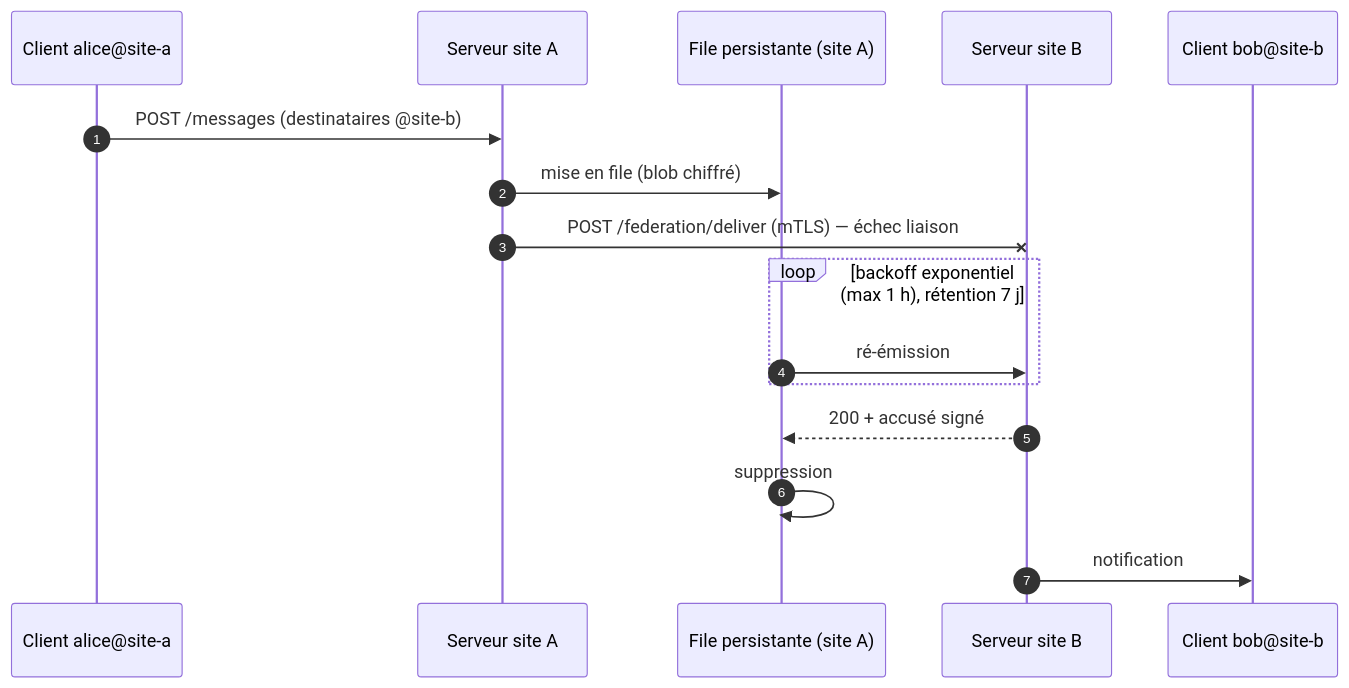
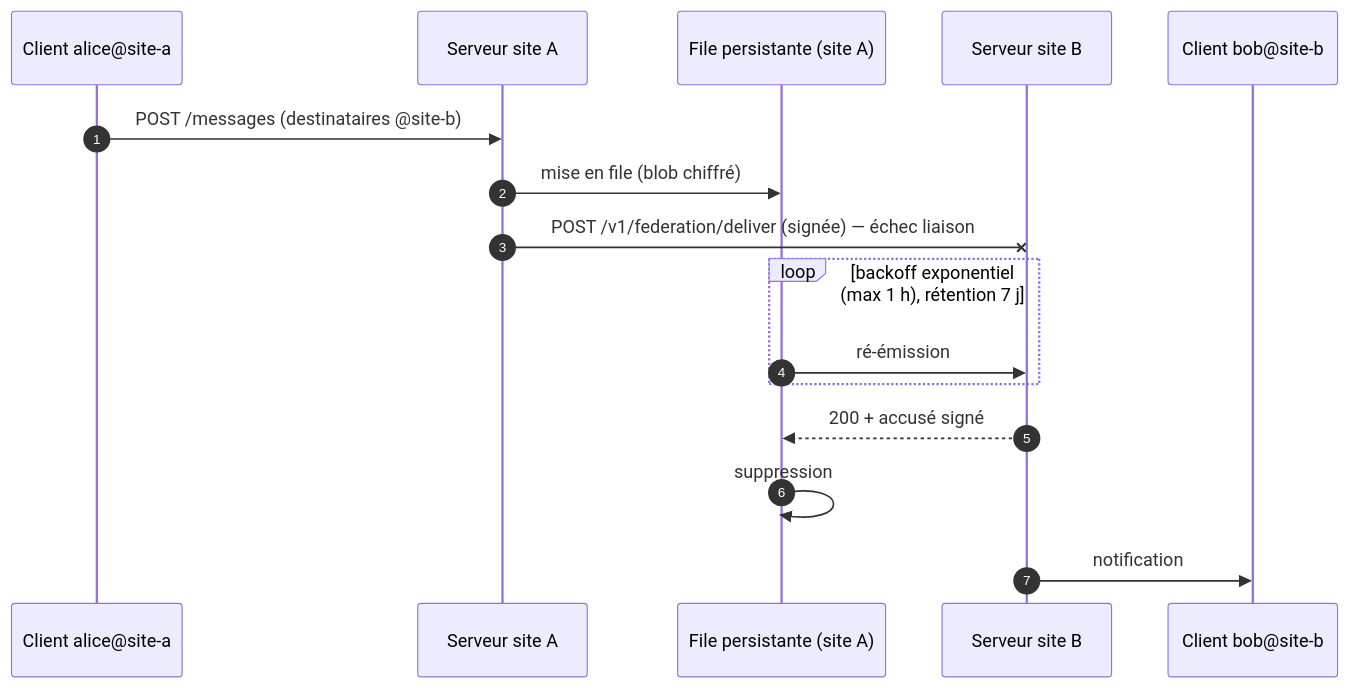
Before and after one commit to N4ole/messagerie: the third of 6 diagrams in docs/conception/04-flux.md, drawn with Mermaid. The commit also changed 13 other files, not shown here.

````diff
--- a/docs/conception/04-flux.md
+++ b/docs/conception/04-flux.md
@@ -57,19 +57,19 @@
 ```mermaid
 sequenceDiagram
   autonumber
   participant A as Client alice@site-a
   participant SA as Serveur site A
   participant Q as File persistante (site A)
   participant SB as Serveur site B
   participant B as Client bob@site-b
 
   A->>SA: POST /messages (destinataires @site-b)
   SA->>Q: mise en file (blob chiffré)
-  SA-xSB: POST /federation/deliver (mTLS) — échec liaison
+  SA-xSB: POST /v1/federation/deliver (signée) — échec liaison
   loop backoff exponentiel (max 1 h), rétention 7 j
     Q->>SB: ré-émission
   end
   SB-->>Q: 200 + accusé signé
   Q->>Q: suppression
   SB->>B: notification
 ```
````
